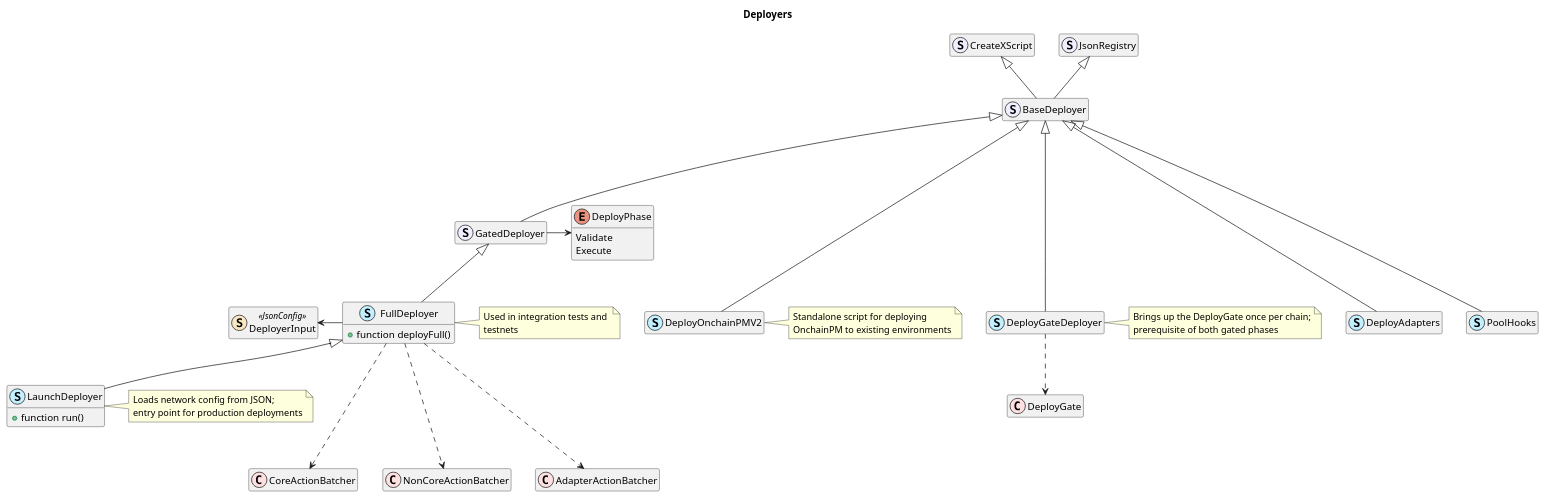
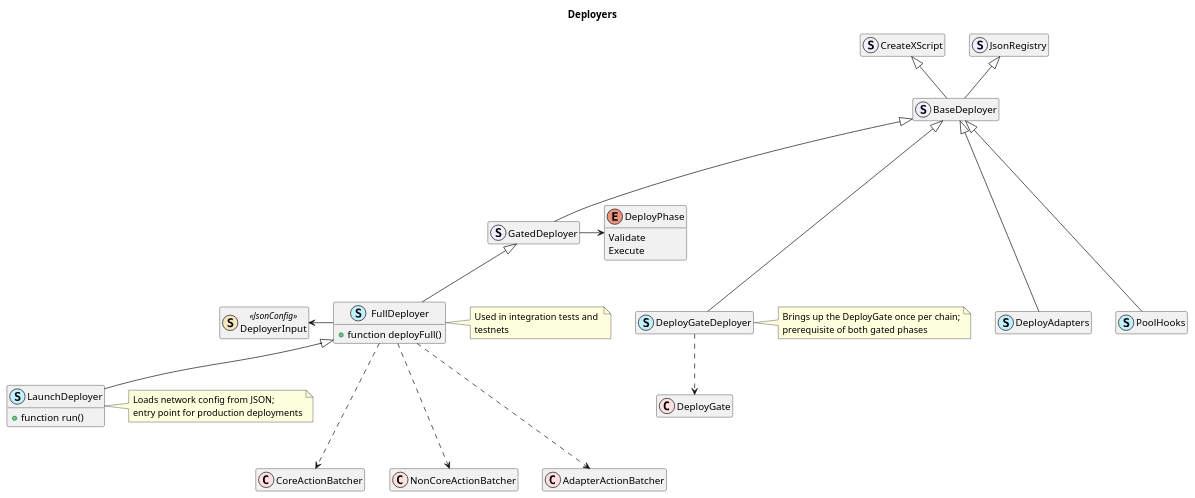
The diagram in docs/architecture/deployers.puml (centrifuge/protocol), drawn with PlantUML before and after one commit. The commit also changed 118 other files, not shown here.

```diff
--- a/docs/architecture/deployers.puml
+++ b/docs/architecture/deployers.puml
@@ -1,60 +1,57 @@
 @startuml deployers
 title Deployers
 hide empty members
 
 class JsonRegistry << (S, motivation) >>
 class CreateXScript << (S, motivation) >>
 
 class BaseDeployer << (S, motivation) >>
 class GatedDeployer << (S, motivation) >>
 
 class DeployGateDeployer << (S, application) >>
 class DeployAdapters << (S, application) >>
 class PoolHooks << (S, application) >>
-class DeployOnchainPMV2 << (S, application) >>
 
 class FullDeployer  << (S, application) >> {
     + function deployFull()
 }
 class LaunchDeployer  << (S, application) >> {
     + function run()
 }
 
 class DeployGate << (C, implementation) >>
 class CoreActionBatcher << (C, implementation) >>
 class NonCoreActionBatcher << (C, implementation) >>
 class AdapterActionBatcher << (C, implementation) >>
 
 class DeployerInput << (S,strategy) JsonConfig >>
 
 enum DeployPhase {
     Validate
     Execute
 }
 
 BaseDeployer -up-|> JsonRegistry
 BaseDeployer -up-|> CreateXScript
 
 GatedDeployer --up-|> BaseDeployer
 FullDeployer -up-|> GatedDeployer
 LaunchDeployer -up-|> FullDeployer
 
 DeployGateDeployer ---up-|> BaseDeployer
 DeployAdapters ---up-|> BaseDeployer
 PoolHooks ---up-|> BaseDeployer
-DeployOnchainPMV2 ---up-|> BaseDeployer
 
 GatedDeployer -right> DeployPhase
 FullDeployer -left> DeployerInput
 
 DeployGateDeployer ..> DeployGate
 FullDeployer ...> CoreActionBatcher
 FullDeployer ...> NonCoreActionBatcher
 FullDeployer ...> AdapterActionBatcher
 
 note right of FullDeployer: Used in integration tests and \ntestnets
 note right of LaunchDeployer: Loads network config from JSON;\nentry point for production deployments
-note right of DeployOnchainPMV2: Standalone script for deploying\nOnchainPM to existing environments
 note right of DeployGateDeployer: Brings up the DeployGate once per chain;\nprerequisite of both gated phases
 
 @enduml
```
